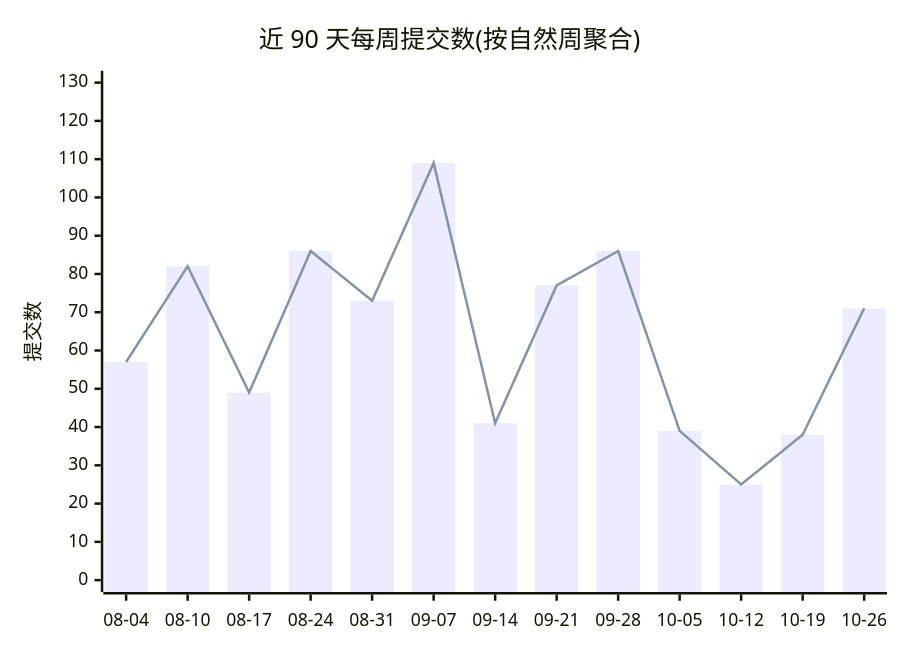
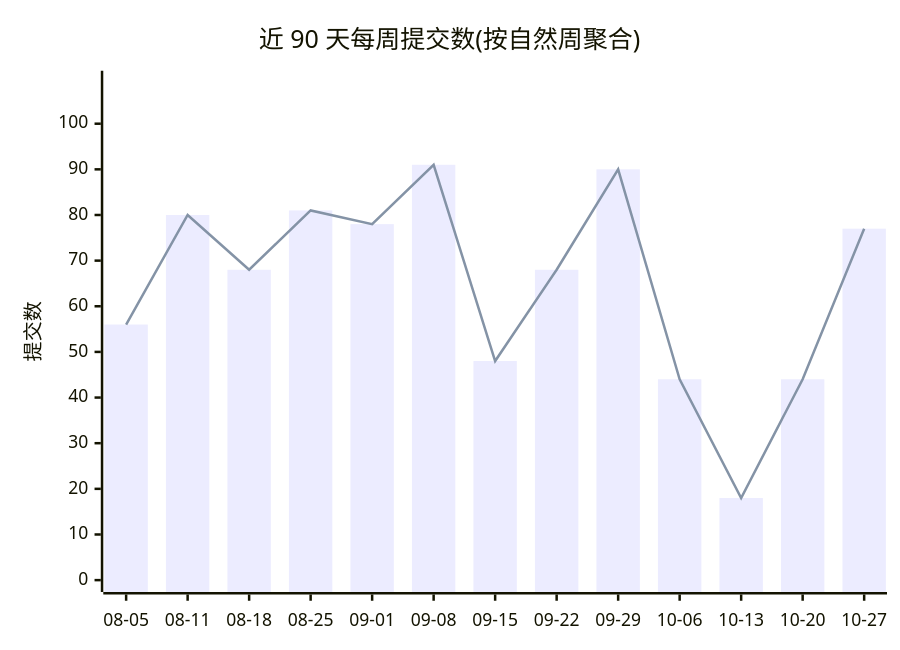
The first of 2 diagrams in profile/README.md (Conflux-Union/.github), drawn with Mermaid before and after one commit. The commit also changed other lines of this file and 1 other file, not shown here.

````diff
--- a/profile/README.md
+++ b/profile/README.md
@@ -47,8 +47,8 @@
 ```mermaid
 xychart-beta
     title "近 90 天每周提交数(按自然周聚合)"
-    x-axis ["08-04", "08-10", "08-17", "08-24", "08-31", "09-07", "09-14", "09-21", "09-28", "10-05", "10-12", "10-19", "10-26"]
-    y-axis "提交数" 0 --> 130
-    bar [57, 82, 49, 86, 73, 109, 41, 77, 86, 39, 25, 38, 71]
-    line [57, 82, 49, 86, 73, 109, 41, 77, 86, 39, 25, 38, 71]
+    x-axis ["08-05", "08-11", "08-18", "08-25", "09-01", "09-08", "09-15", "09-22", "09-29", "10-06", "10-13", "10-20", "10-27"]
+    y-axis "提交数" 0 --> 109
+    bar [56, 80, 68, 81, 78, 91, 48, 68, 90, 44, 18, 44, 77]
+    line [56, 80, 68, 81, 78, 91, 48, 68, 90, 44, 18, 44, 77]
 ```
````
